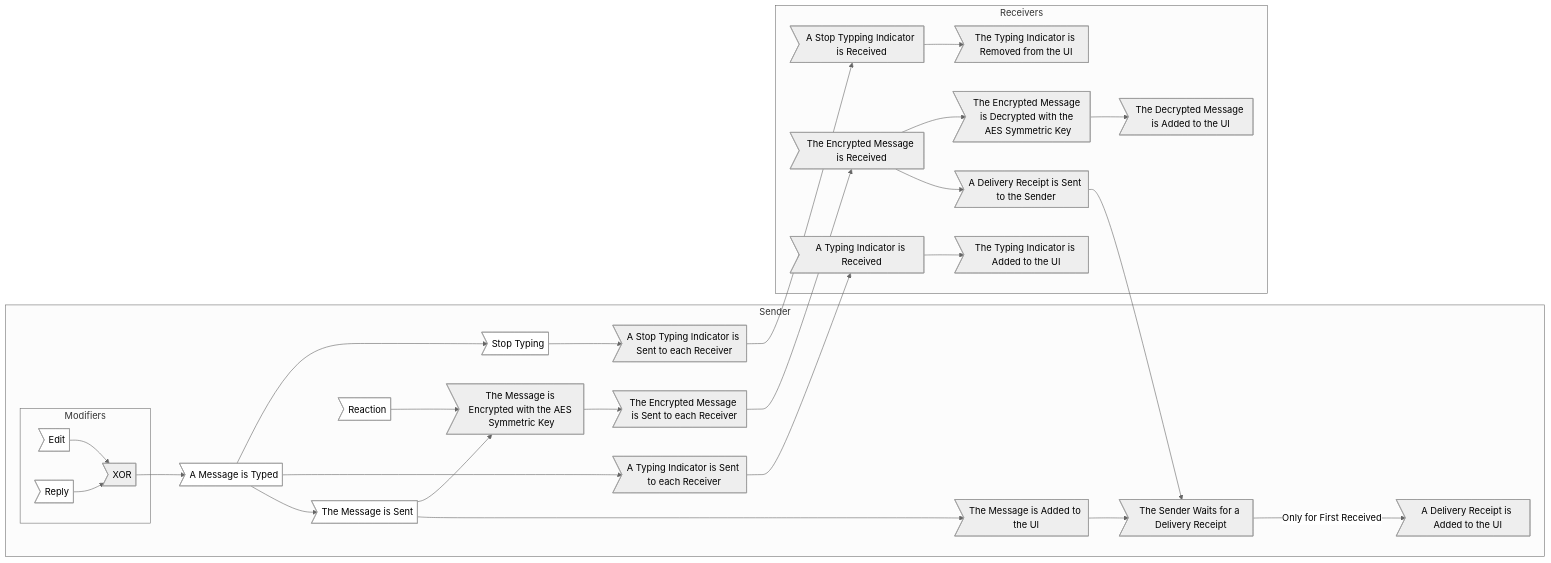
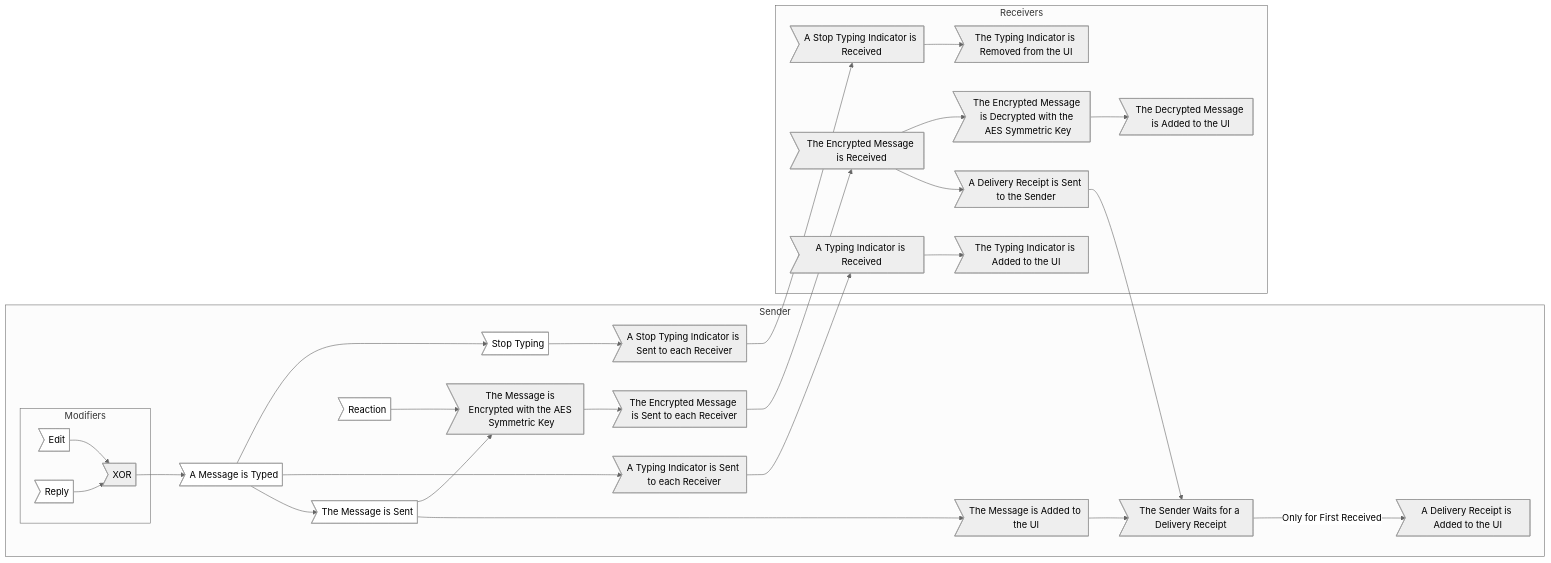
Before and after one commit to xXCrash2BomberXx/TinyChat: the fourth of 4 diagrams in README.md, drawn with Mermaid (neutral theme). The commit also changed other lines of this file and 5 other files, not shown here.

````diff
--- a/README.md
+++ b/README.md
@@ -263,35 +263,35 @@
 ```mermaid
 graph LR;
   subgraph "Sender"
     subgraph "Modifiers"
       P>Edit] --> O;
       Q>Reply] --> O;
     end
     O>XOR] --> A;
     A>A Message is Typed];
     A --> S>Stop Typing];
     S --> T>A Stop Typing Indicator is Sent to each Receiver];
     A --> B>A Typing Indicator is Sent to each Receiver];
     A --> E>The Message is Sent];
     E --> F>The Message is Encrypted with the AES Symmetric Key];
     R>Reaction] --> F;
     F --> G>The Encrypted Message is Sent to each Receiver];
     E --> L>The Message is Added to the UI];
     L --> M>The Sender Waits for a Delivery Receipt];
     M --> |Only for First Received| N>A Delivery Receipt is Added to the UI];
   end
   subgraph "Receivers"
     B --> C>A Typing Indicator is Received];
     C --> D>The Typing Indicator is Added to the UI];
     G --> H>The Encrypted Message is Received];
     H --> I>The Encrypted Message is Decrypted with the AES Symmetric Key];
     I --> J>The Decrypted Message is Added to the UI];
     H --> K>A Delivery Receipt is Sent to the Sender];
     K --> M;
-    T --> U>A Stop Typping Indicator is Received];
+    T --> U>A Stop Typing Indicator is Received];
     U --> V>The Typing Indicator is Removed from the UI];
   end
 
   classDef user fill:#fff,color:#000
   class A,E,P,Q,R,S user;
 ```
````
